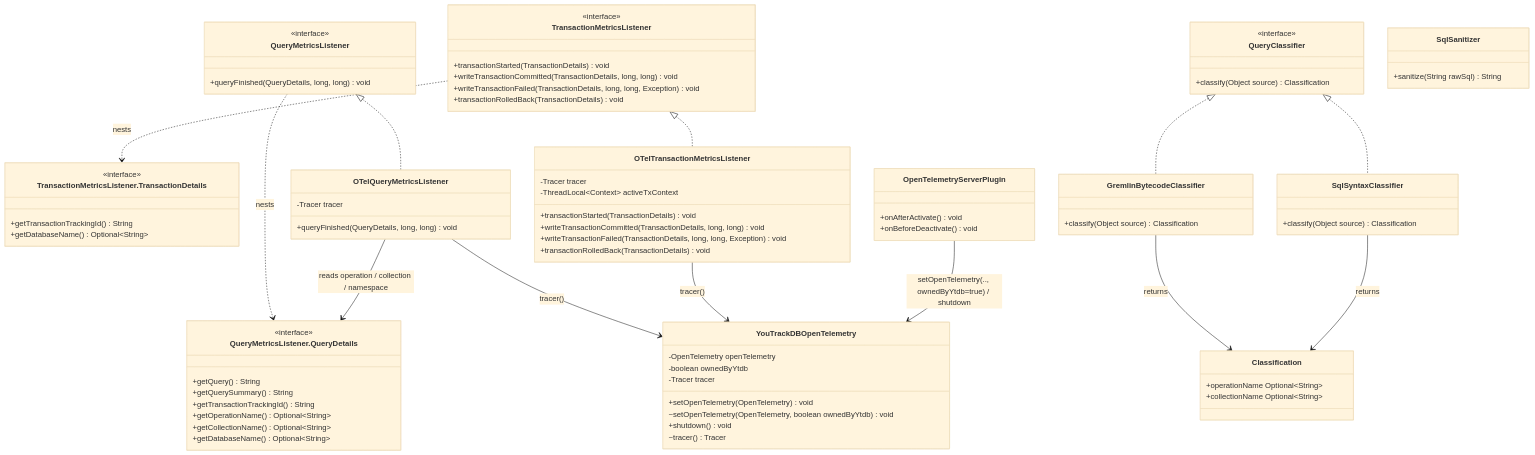
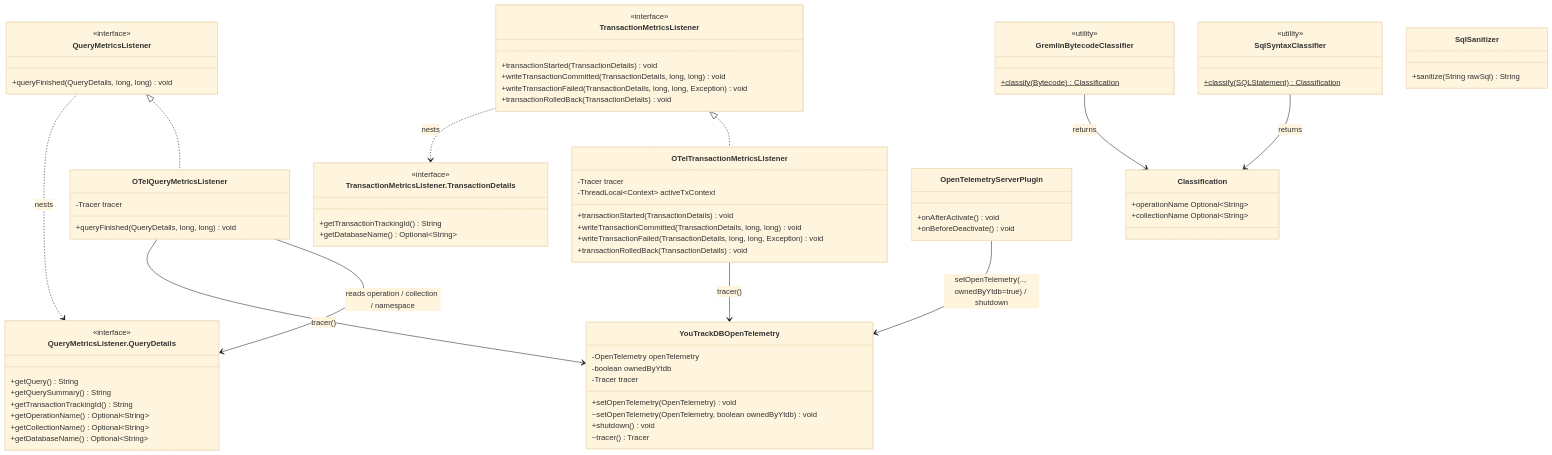
Before and after one commit to JetBrains/youtrackdb: the first of 4 diagrams in docs/adr/ytdb-496-opentelemetry-support/_workflow/design.md, drawn with Mermaid (base theme). The commit also changed other lines of this file and 5 other files, not shown here.

First line of the commit message:
Inline replan: drop QueryClassifier SPI, use static helpers in core

````diff
--- a/docs/adr/ytdb-496-opentelemetry-support/_workflow/design.md
+++ b/docs/adr/ytdb-496-opentelemetry-support/_workflow/design.md
@@ -35,82 +35,78 @@
 ```mermaid
 classDiagram
     class QueryMetricsListener {
         <<interface>>
         +queryFinished(QueryDetails, long, long) void
     }
     class TransactionMetricsListener {
         <<interface>>
         +transactionStarted(TransactionDetails) void
         +writeTransactionCommitted(TransactionDetails, long, long) void
         +writeTransactionFailed(TransactionDetails, long, long, Exception) void
         +transactionRolledBack(TransactionDetails) void
     }
     class QueryDetails["QueryMetricsListener.QueryDetails"] {
         <<interface>>
         +getQuery() String
         +getQuerySummary() String
         +getTransactionTrackingId() String
         +getOperationName() Optional~String~
         +getCollectionName() Optional~String~
         +getDatabaseName() Optional~String~
     }
     class TransactionDetails["TransactionMetricsListener.TransactionDetails"] {
         <<interface>>
         +getTransactionTrackingId() String
         +getDatabaseName() Optional~String~
     }
     class OTelQueryMetricsListener {
         -Tracer tracer
         +queryFinished(QueryDetails, long, long) void
     }
     class OTelTransactionMetricsListener {
         -Tracer tracer
         -ThreadLocal~Context~ activeTxContext
         +transactionStarted(TransactionDetails) void
         +writeTransactionCommitted(TransactionDetails, long, long) void
         +writeTransactionFailed(TransactionDetails, long, long, Exception) void
         +transactionRolledBack(TransactionDetails) void
     }
     class YouTrackDBOpenTelemetry {
         -OpenTelemetry openTelemetry
         -boolean ownedByYtdb
         -Tracer tracer
         +setOpenTelemetry(OpenTelemetry) void
         ~setOpenTelemetry(OpenTelemetry, boolean ownedByYtdb) void
         +shutdown() void
         ~tracer() Tracer
     }
-    class QueryClassifier {
-        <<interface>>
-        +classify(Object source) Classification
-    }
     class GremlinBytecodeClassifier {
-        +classify(Object source) Classification
+        <<utility>>
+        +classify(Bytecode) Classification$
     }
     class SqlSyntaxClassifier {
-        +classify(Object source) Classification
+        <<utility>>
+        +classify(SQLStatement) Classification$
     }
     class SqlSanitizer {
         +sanitize(String rawSql) String
     }
     class Classification {
         +operationName Optional~String~
         +collectionName Optional~String~
     }
     class OpenTelemetryServerPlugin {
         +onAfterActivate() void
         +onBeforeDeactivate() void
     }
     QueryMetricsListener ..> QueryDetails : nests
     TransactionMetricsListener ..> TransactionDetails : nests
     QueryMetricsListener <|.. OTelQueryMetricsListener
     TransactionMetricsListener <|.. OTelTransactionMetricsListener
-    QueryClassifier <|.. GremlinBytecodeClassifier
-    QueryClassifier <|.. SqlSyntaxClassifier
     OTelQueryMetricsListener --> YouTrackDBOpenTelemetry : tracer()
     OTelTransactionMetricsListener --> YouTrackDBOpenTelemetry : tracer()
     OTelQueryMetricsListener --> QueryDetails : reads operation / collection / namespace
     GremlinBytecodeClassifier --> Classification : returns
     SqlSyntaxClassifier --> Classification : returns
     OpenTelemetryServerPlugin --> YouTrackDBOpenTelemetry : setOpenTelemetry(.., ownedByYtdb=true) / shutdown
 ```
````
